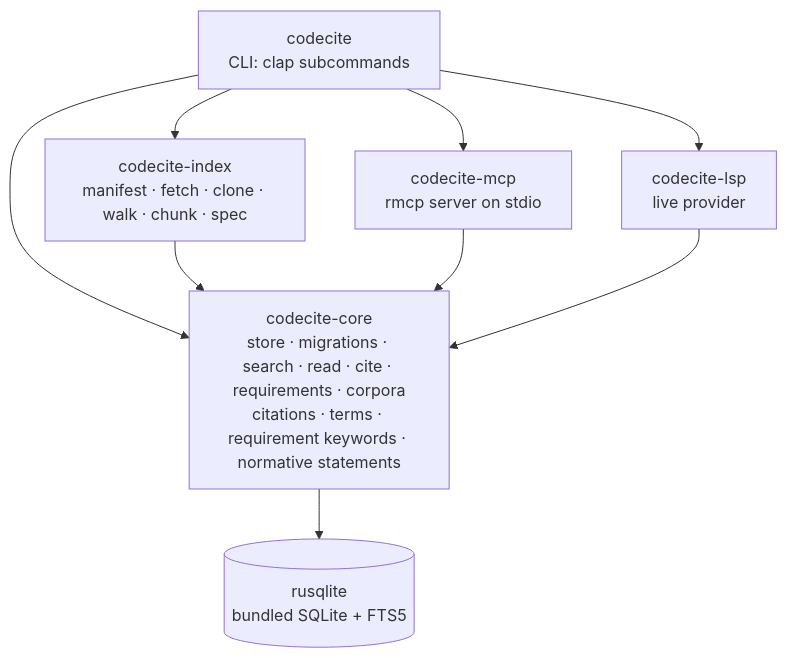
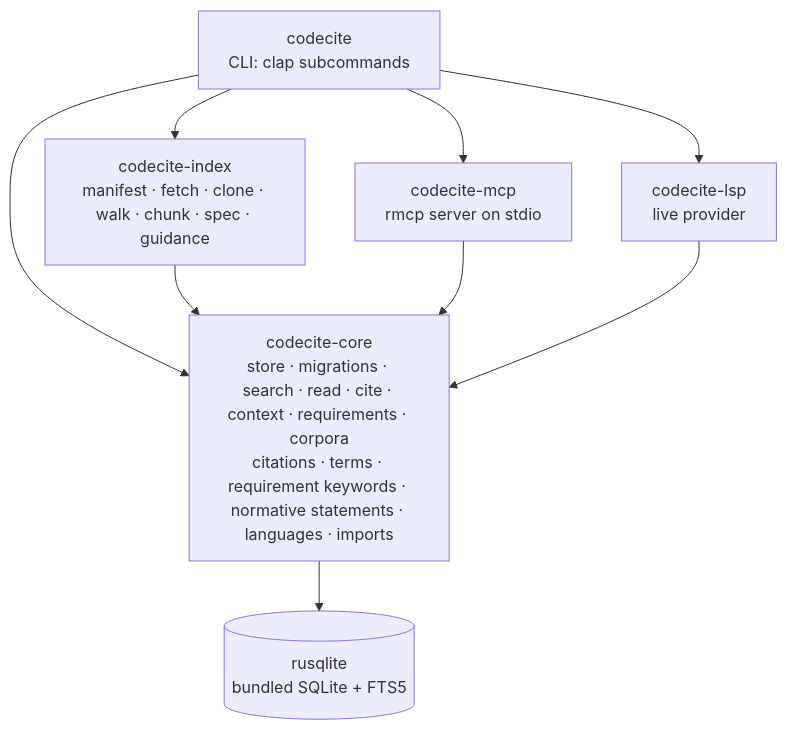
One commit to jamescrowley321/codecite changed the second of 5 diagrams in docs/design.md. Above: the diagram before and after it, drawn with Mermaid. The commit also changed other lines of this file and 25 other files, not shown here.

First line of the commit message:
feat: index house rules as a guidance source and push the ones that govern a file (#165)

````diff
--- a/docs/design.md
+++ b/docs/design.md
@@ -76,11 +76,11 @@
 ```mermaid
 flowchart TD
-  bin["codecite<br/>CLI: clap subcommands"] --> index["codecite-index<br/>manifest · fetch · clone · walk · chunk · spec"]
+  bin["codecite<br/>CLI: clap subcommands"] --> index["codecite-index<br/>manifest · fetch · clone · walk · chunk · spec · guidance"]
   bin --> mcp["codecite-mcp<br/>rmcp server on stdio"]
   bin --> lsp["codecite-lsp<br/>live provider"]
   bin --> core
-  index --> core["codecite-core<br/>store · migrations · search · read · cite · requirements · corpora<br/>citations · terms · requirement keywords · normative statements"]
+  index --> core["codecite-core<br/>store · migrations · search · read · cite · context · requirements · corpora<br/>citations · terms · requirement keywords · normative statements · languages · imports"]
   mcp --> core
   lsp --> core
   core --> sqlite[("rusqlite<br/>bundled SQLite + FTS5")]
 ```
````
